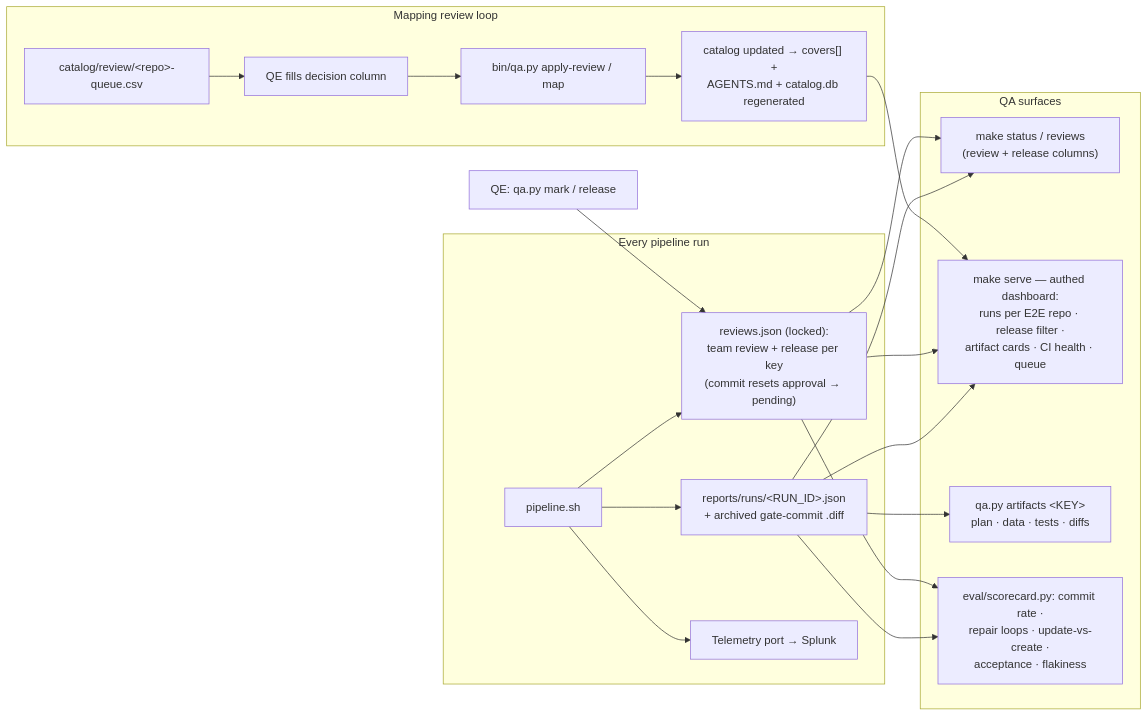
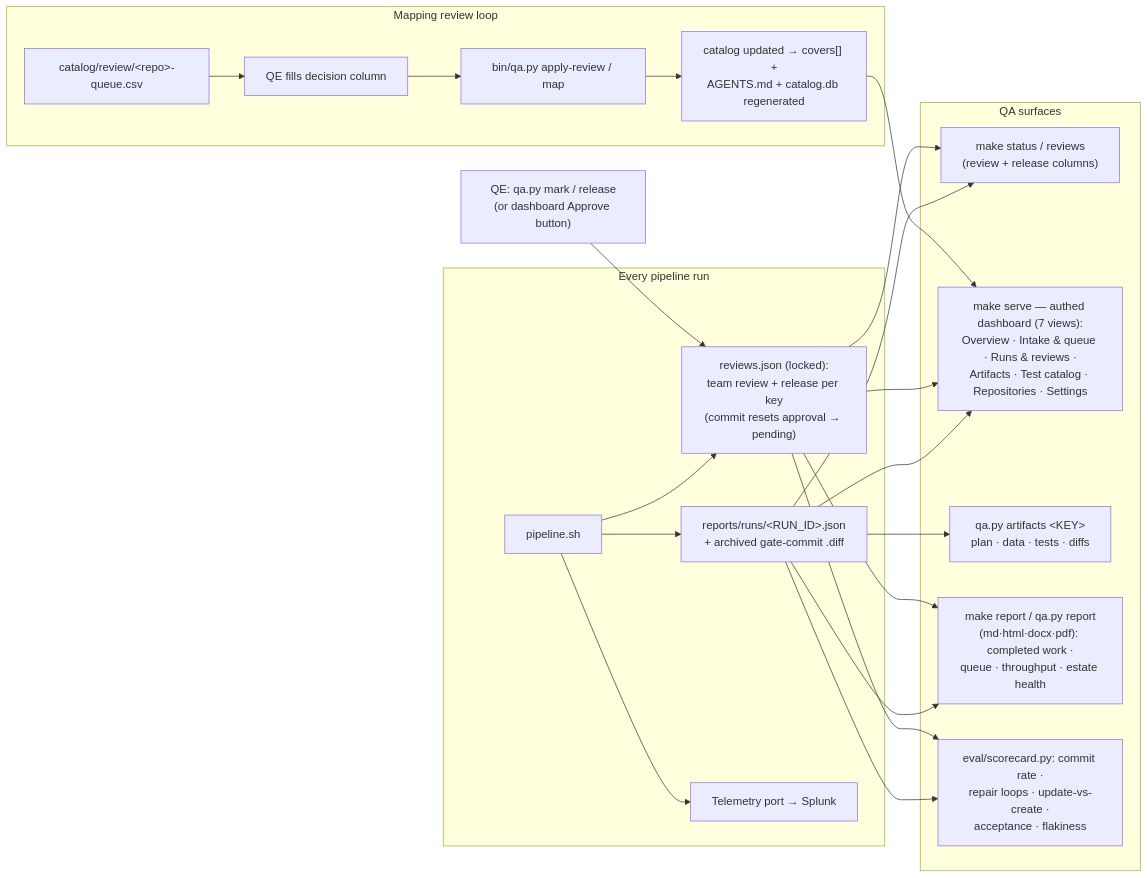
Before and after one commit to anandtopu/auto-tests-gen: the tenth of 13 diagrams in docs/diagrams.md, drawn with Mermaid. The commit also changed other lines of this file and 3 other files, not shown here.

First line of the commit message:
docs: update architecture, diagrams, README for this session's features

````diff
--- a/docs/diagrams.md
+++ b/docs/diagrams.md
@@ -248,32 +268,35 @@
 ```mermaid
 flowchart LR
     subgraph RUNTIME["Every pipeline run"]
         P["pipeline.sh"] --> RR["reports/runs/&lt;RUN_ID&gt;.json<br/>+ archived gate-commit .diff"]
         P --> RS["reviews.json (locked):<br/>team review + release per key<br/>(commit resets approval → pending)"]
         P --> TEL["Telemetry port → Splunk"]
     end
 
     subgraph SURFACES["QA surfaces"]
         ST["make status / reviews<br/>(review + release columns)"]
-        DB["make serve — authed dashboard:<br/>runs per E2E repo · release filter ·<br/>artifact cards · CI health · queue"]
+        DB["make serve — authed dashboard (7 views):<br/>Overview · Intake &amp; queue · Runs &amp; reviews ·<br/>Artifacts · Test catalog · Repositories · Settings"]
         AR["qa.py artifacts &lt;KEY&gt;<br/>plan · data · tests · diffs"]
+        REP["make report / qa.py report<br/>(md·html·docx·pdf): completed work ·<br/>queue · throughput · estate health"]
         SC["eval/scorecard.py: commit rate ·<br/>repair loops · update-vs-create ·<br/>acceptance · flakiness"]
     end
 
     RR --> ST
     RR --> DB
     RR --> AR
+    RR --> REP
     RR --> SC
     RS --> ST
     RS --> DB
+    RS --> REP
     RS --> SC
-    TEAM["QE: qa.py mark / release"] --> RS
+    TEAM["QE: qa.py mark / release<br/>(or dashboard Approve button)"] --> RS
 
     subgraph REVIEW["Mapping review loop"]
         Q1["catalog/review/&lt;repo&gt;-queue.csv"] --> Q2["QE fills decision column"]
         Q2 --> Q3["bin/qa.py apply-review / map"]
         Q3 --> Q4["catalog updated → covers[] +<br/>AGENTS.md + catalog.db regenerated"]
     end
 
     Q4 --> DB
 ```
````
